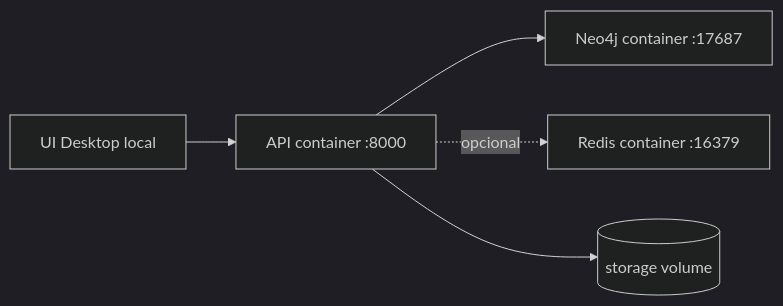
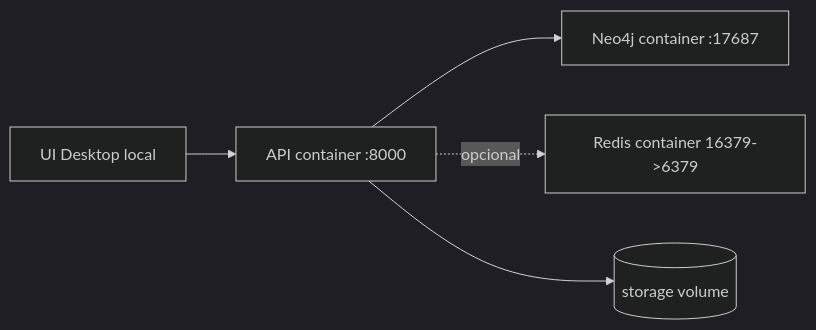
One commit to gherrerz/KDB-RAG-Repo changed the first of 10 diagrams in docs/ARCHITECTURE.md. Above: the diagram before and after it, drawn with Mermaid (dark theme). The commit also changed 6 other files, not shown here.

````diff
--- a/docs/ARCHITECTURE.md
+++ b/docs/ARCHITECTURE.md
@@ -35,7 +35,7 @@
 ```mermaid
 flowchart LR
     UI[UI Desktop local] --> API[API container :8000]
     API --> NEO[Neo4j container :17687]
-    API -. opcional .-> REDIS[Redis container :16379]
+    API -. opcional .-> REDIS[Redis container 16379->6379]
     API --> ST[(storage volume)]
 ```
````
